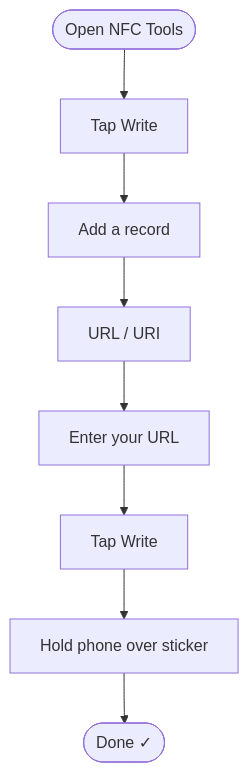
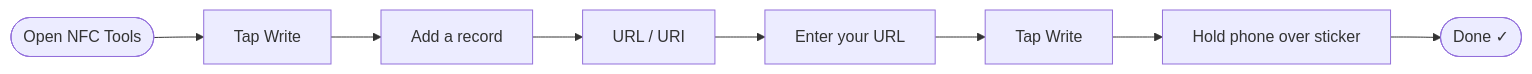
The diagram in blog/nfc-keyring.md (simonpainter/www.simonpainter.com), drawn with Mermaid before and after one commit.

Commit message:
Change Mermaid flowchart to left-to-right layout

````diff
--- a/blog/nfc-keyring.md
+++ b/blog/nfc-keyring.md
@@ -42,10 +42,10 @@
 ```mermaid
-flowchart TD
+flowchart LR
     A([Open NFC Tools]) --> B[Tap Write]
     B --> C[Add a record]
     C --> D[URL / URI]
     D --> E[Enter your URL]
     E --> F[Tap Write]
     F --> G[Hold phone over sticker]
     G --> H([Done ✓])
 ```
````
